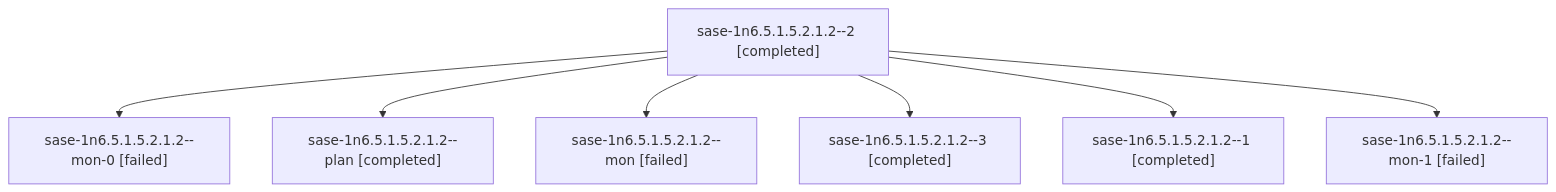
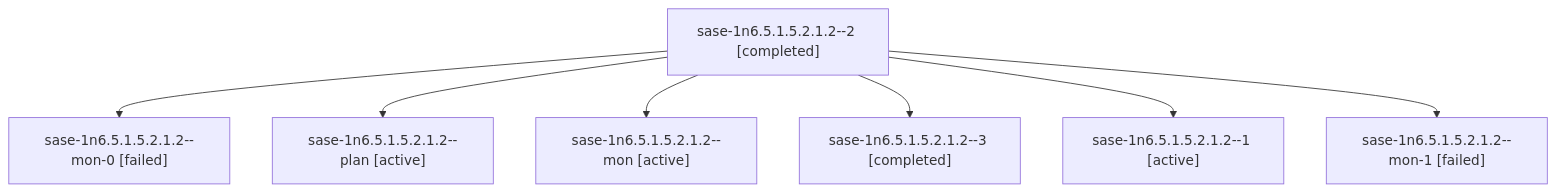
The diagram in sessions/bbugyi200.athena.sase-1n6.5.1.5.2.1.2.md (sase-org/sase--agents), drawn with Mermaid before and after one commit. The commit also changed other lines of this file and 274 other files, not shown here.

````diff
--- a/sessions/bbugyi200.athena.sase-1n6.5.1.5.2.1.2.md
+++ b/sessions/bbugyi200.athena.sase-1n6.5.1.5.2.1.2.md
@@ -9,16 +9,16 @@
 ```mermaid
 flowchart TD
   n0["sase-1n6.5.1.5.2.1.2--2 [completed]"]
   n1["sase-1n6.5.1.5.2.1.2--mon-0 [failed]"]
   n0 --> n1
-  n2["sase-1n6.5.1.5.2.1.2--plan [completed]"]
+  n2["sase-1n6.5.1.5.2.1.2--plan [active]"]
   n0 --> n2
-  n3["sase-1n6.5.1.5.2.1.2--mon [failed]"]
+  n3["sase-1n6.5.1.5.2.1.2--mon [active]"]
   n0 --> n3
   n4["sase-1n6.5.1.5.2.1.2--3 [completed]"]
   n0 --> n4
-  n5["sase-1n6.5.1.5.2.1.2--1 [completed]"]
+  n5["sase-1n6.5.1.5.2.1.2--1 [active]"]
   n0 --> n5
   n6["sase-1n6.5.1.5.2.1.2--mon-1 [failed]"]
   n0 --> n6
 ```
````
